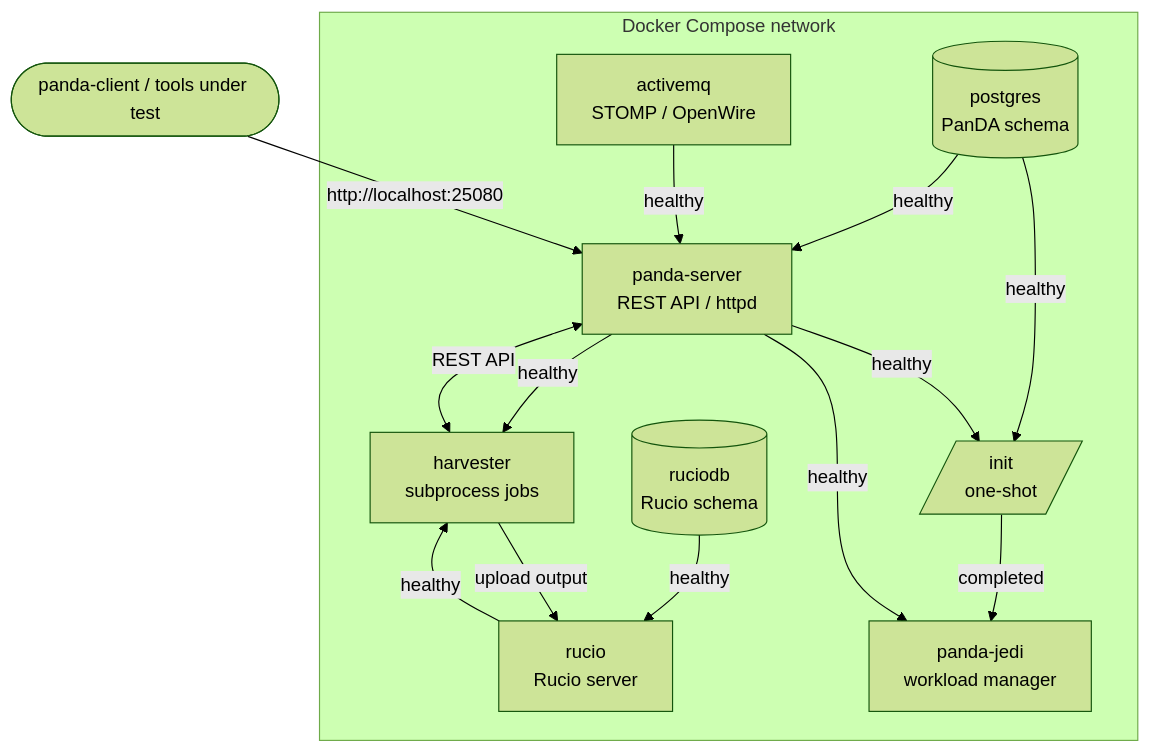
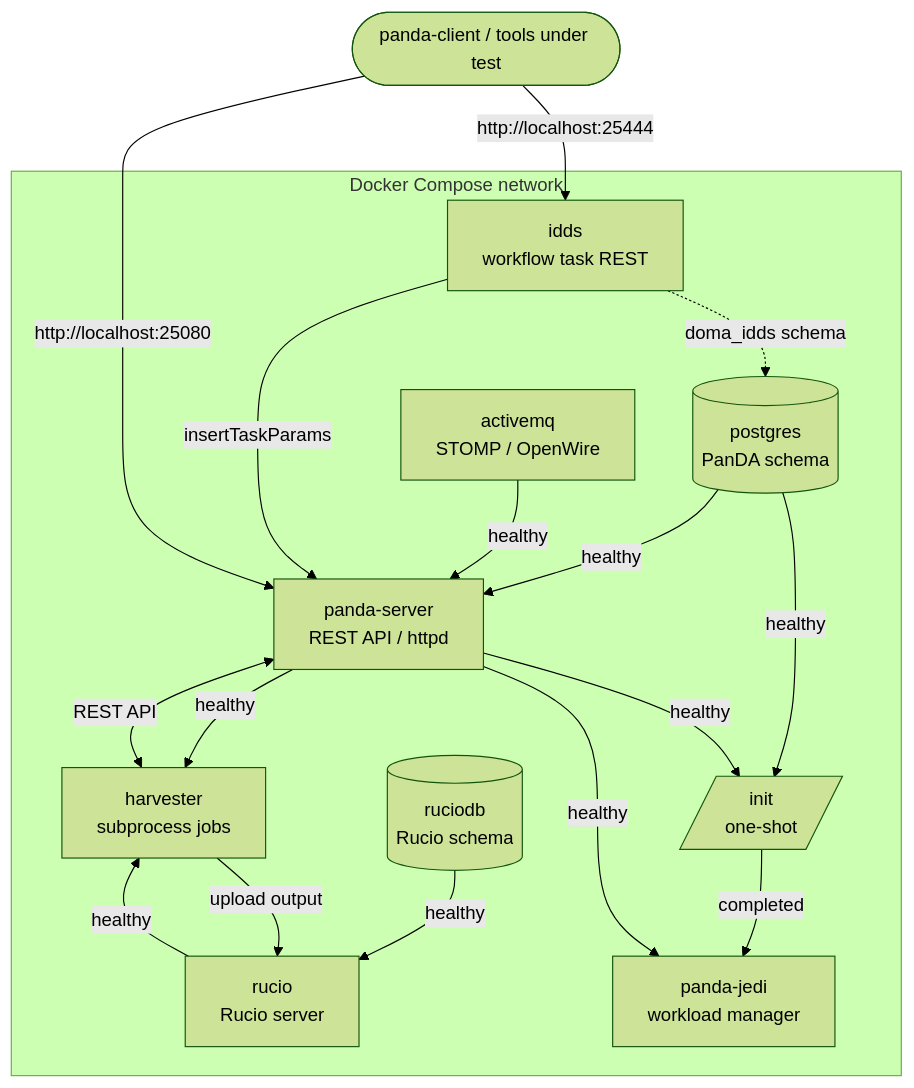
The first of 3 diagrams in docs/architecture.md (PanDAWMS/panda-compose), drawn with Mermaid (forest theme) before and after one commit. The commit also changed other lines of this file and 9 other files, not shown here.

````diff
--- a/docs/architecture.md
+++ b/docs/architecture.md
@@ -16,29 +16,33 @@
 ```mermaid
 graph TD
     client([panda-client / tools under test])
 
     subgraph compose["Docker Compose network"]
         postgres[(postgres\nPanDA schema)]
         activemq[activemq\nSTOMP / OpenWire]
         ruciodb[(ruciodb\nRucio schema)]
         rucio[rucio\nRucio server]
         init[/init\none-shot/]
         server[panda-server\nREST API / httpd]
         jedi[panda-jedi\nworkload manager]
+        idds[idds\nworkflow task REST]
         harvester[harvester\nsubprocess jobs]
     end
 
     postgres -->|healthy| server
     activemq -->|healthy| server
     postgres -->|healthy| init
     server   -->|healthy| init
     init     -->|completed| jedi
     server   -->|healthy| jedi
     server   -->|healthy| harvester
     ruciodb  -->|healthy| rucio
     rucio    -->|healthy| harvester
 
     harvester <-->|REST API| server
     harvester -->|upload output| rucio
+    idds      -->|insertTaskParams| server
+    idds      -.->|doma_idds schema| postgres
     client    -->|"http://localhost:25080"| server
+    client    -->|"http://localhost:25444"| idds
 ```
````
